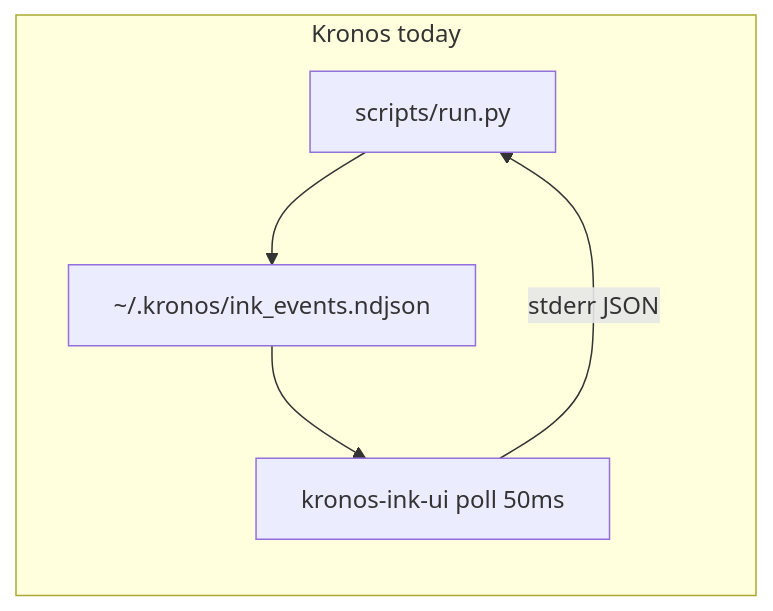
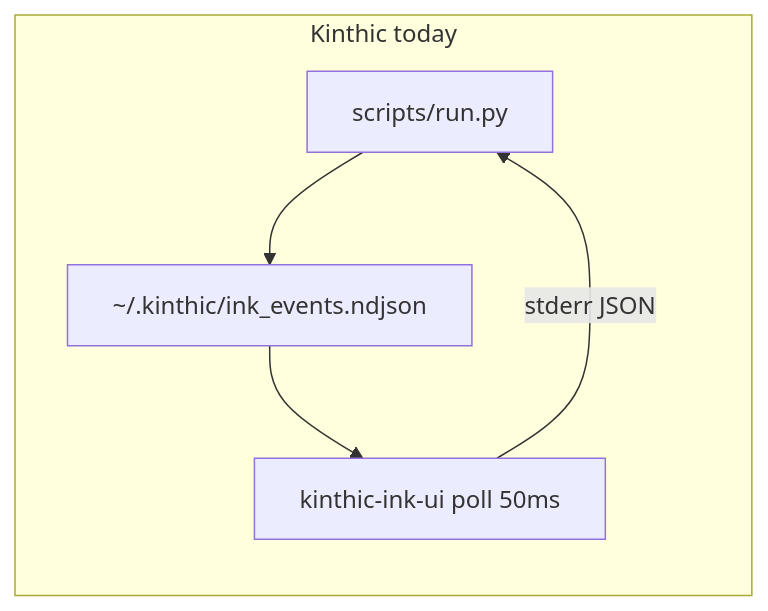
One commit to openyfai/kinthic changed the second of 2 diagrams in docs/hermes-tui-study.md. Above: the diagram before and after it, drawn with Mermaid. The commit also changed other lines of this file and 168 other files, not shown here.

````diff
--- a/docs/hermes-tui-study.md
+++ b/docs/hermes-tui-study.md
@@ -27,10 +27,10 @@
 ```mermaid
 flowchart LR
-  subgraph kronos [Kronos today]
+  subgraph kinthic [Kinthic today]
     Run[scripts/run.py]
-    File[~/.kronos/ink_events.ndjson]
-    Ink[kronos-ink-ui poll 50ms]
+    File[~/.kinthic/ink_events.ndjson]
+    Ink[kinthic-ink-ui poll 50ms]
     Run --> File --> Ink
     Ink -->|stderr JSON| Run
   end
 ```
````
